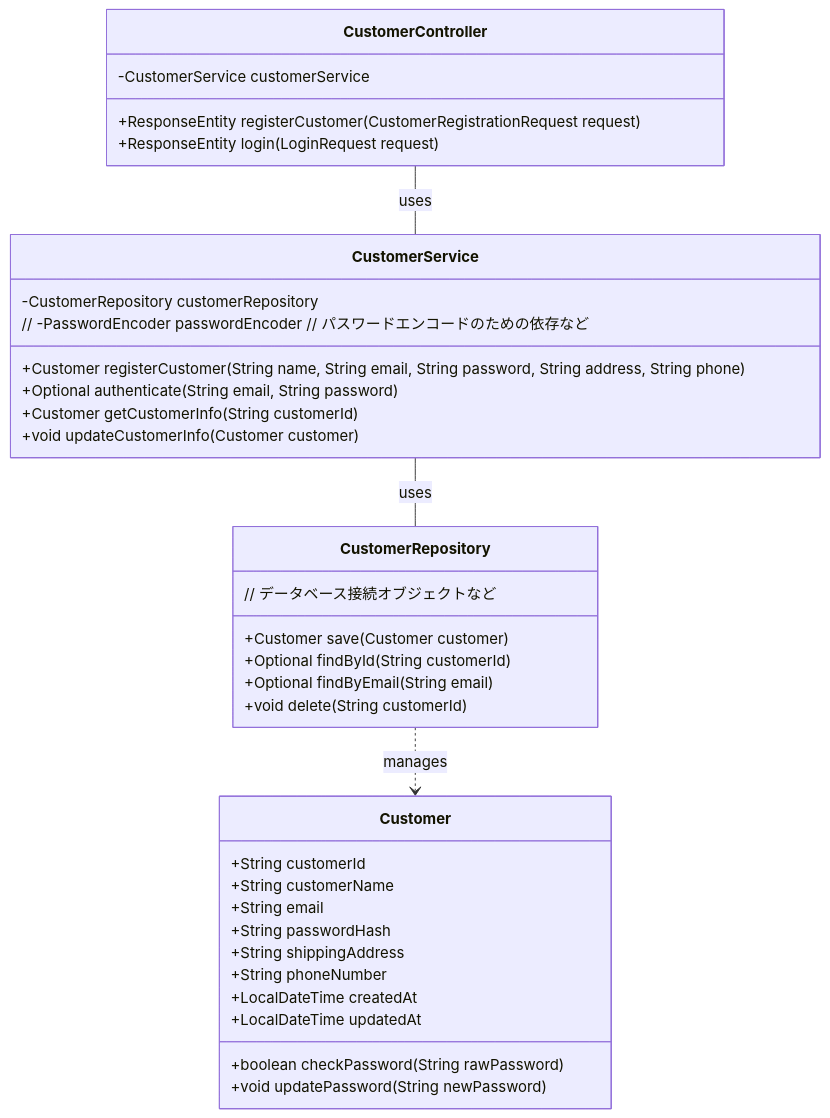
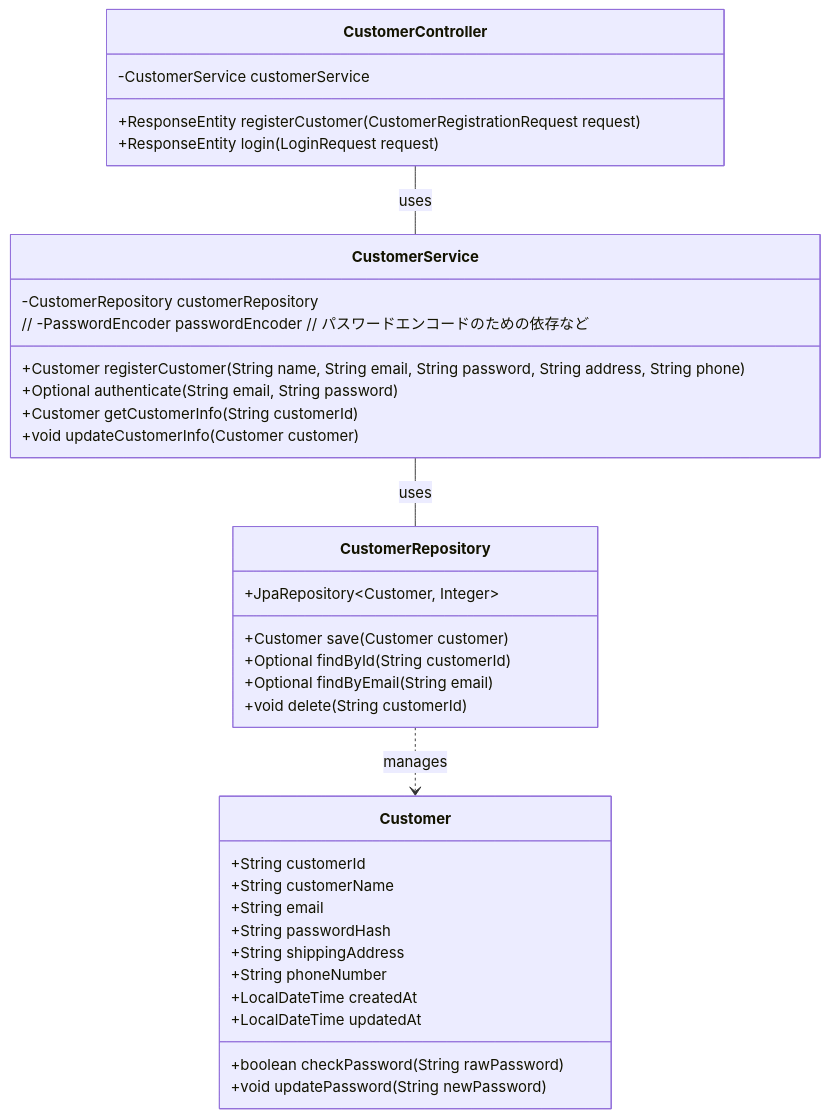
Before and after one commit to ainaga09/ACE: the fourth of 4 diagrams in 基本設計/はじめに.md, drawn with Mermaid. The commit also changed other lines of this file, not shown here.

```diff
--- a/基本設計/はじめに.md
+++ b/基本設計/はじめに.md
@@ -248,39 +248,39 @@
 <div class="mermaid">
 classDiagram
     CustomerController -- CustomerService : uses
     CustomerService -- CustomerRepository : uses
     CustomerRepository ..> Customer : manages
 
     class CustomerController {
         -CustomerService customerService
         +ResponseEntity<CustomerRegistrationResponse> registerCustomer(CustomerRegistrationRequest request)
         +ResponseEntity<LoginResponse> login(LoginRequest request)
     }
     class CustomerService {
         -CustomerRepository customerRepository
         // -PasswordEncoder passwordEncoder // パスワードエンコードのための依存など
         +Customer registerCustomer(String name, String email, String password, String address, String phone)
         +Optional<Customer> authenticate(String email, String password)
         +Customer getCustomerInfo(String customerId)
         +void updateCustomerInfo(Customer customer)
     }
     class CustomerRepository {
-        // データベース接続オブジェクトなど
+        +JpaRepository~Customer, Integer~
         +Customer save(Customer customer)
         +Optional<Customer> findById(String customerId)
         +Optional<Customer> findByEmail(String email)
         +void delete(String customerId)
     }
     class Customer {
         +String customerId
         +String customerName
         +String email
         +String passwordHash
         +String shippingAddress
         +String phoneNumber
         +LocalDateTime createdAt
         +LocalDateTime updatedAt
         +boolean checkPassword(String rawPassword)
         +void updatePassword(String newPassword)
     }
 </div>
```
